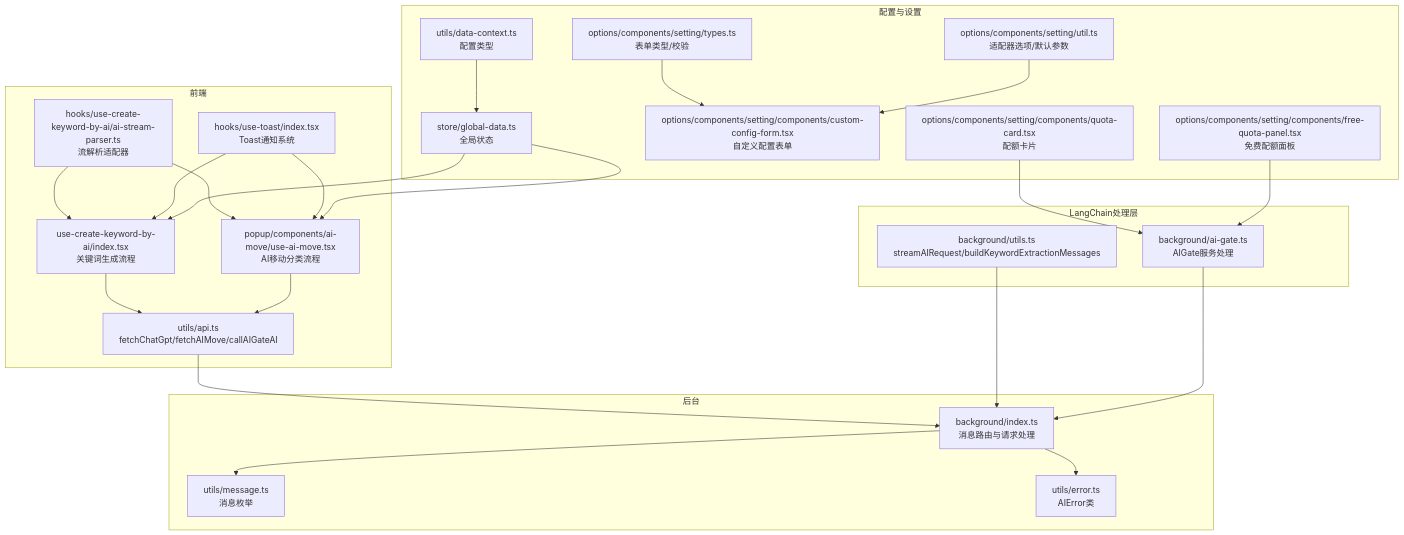
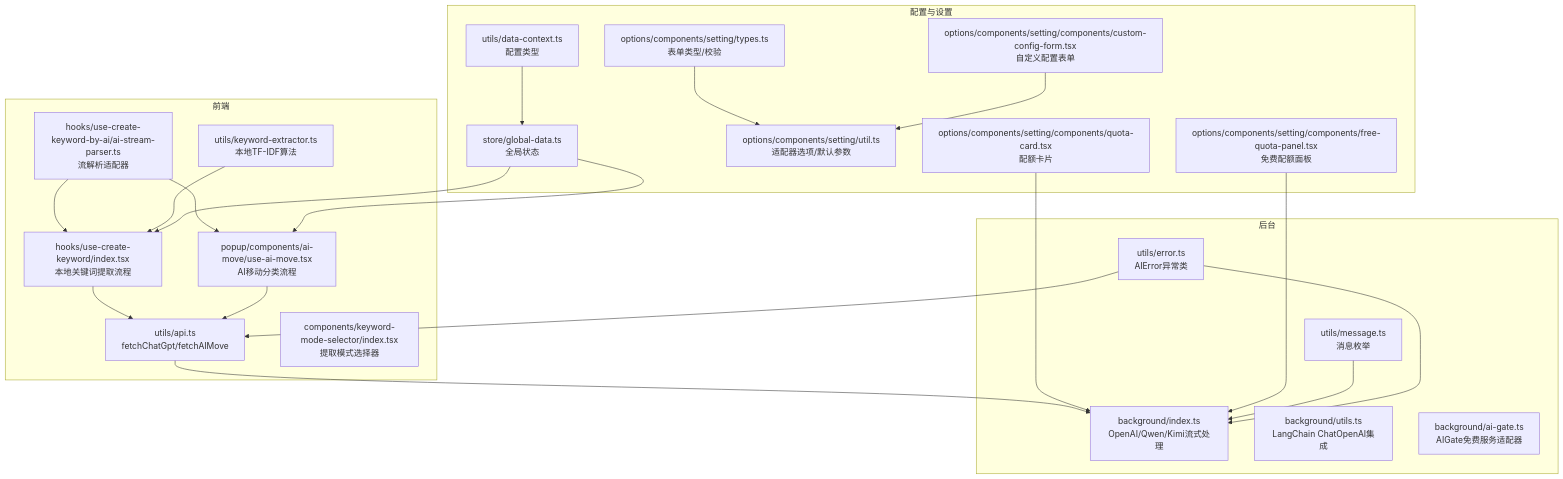
Before and after one commit to RadiumAg/bilibili-favorites: the first of 6 diagrams in .qoder/repowiki/zh/content/API参考文档/AI服务API.md, drawn with Mermaid. The commit also changed other lines of this file and 27 other files, not shown here.

````diff
--- a/.qoder/repowiki/zh/content/API参考文档/AI服务API.md
+++ b/.qoder/repowiki/zh/content/API参考文档/AI服务API.md
@@ -70,46 +64,43 @@
 ```mermaid
 graph TB
 subgraph "前端"
-A["use-create-keyword-by-ai/index.tsx<br/>关键词生成流程"]
+A["hooks/use-create-keyword/index.tsx<br/>本地关键词提取流程"]
 B["popup/components/ai-move/use-ai-move.tsx<br/>AI移动分类流程"]
-C["utils/api.ts<br/>fetchChatGpt/fetchAIMove/callAIGateAI"]
+C["utils/api.ts<br/>fetchChatGpt/fetchAIMove"]
 D["hooks/use-create-keyword-by-ai/ai-stream-parser.ts<br/>流解析适配器"]
-E["hooks/use-toast/index.tsx<br/>Toast通知系统"]
-end
-subgraph "LangChain处理层"
-F["background/utils.ts<br/>streamAIRequest/buildKeywordExtractionMessages"]
-G["background/ai-gate.ts<br/>AIGate服务处理"]
+E["utils/keyword-extractor.ts<br/>本地TF-IDF算法"]
+F["components/keyword-mode-selector/index.tsx<br/>提取模式选择器"]
 end
 subgraph "配置与设置"
-H["store/global-data.ts<br/>全局状态"]
-I["utils/data-context.ts<br/>配置类型"]
-J["options/components/setting/types.ts<br/>表单类型/校验"]
-K["options/components/setting/util.ts<br/>适配器选项/默认参数"]
-L["options/components/setting/components/custom-config-form.tsx<br/>自定义配置表单"]
-M["options/components/setting/components/quota-card.tsx<br/>配额卡片"]
-N["options/components/setting/components/free-quota-panel.tsx<br/>免费配额面板"]
+G["store/global-data.ts<br/>全局状态"]
+H["utils/data-context.ts<br/>配置类型"]
+I["options/components/setting/types.ts<br/>表单类型/校验"]
+J["options/components/setting/util.ts<br/>适配器选项/默认参数"]
+K["options/components/setting/components/custom-config-form.tsx<br/>自定义配置表单"]
+L["options/components/setting/components/quota-card.tsx<br/>配额卡片"]
+M["options/components/setting/components/free-quota-panel.tsx<br/>免费配额面板"]
 end
 subgraph "后台"
-O["background/index.ts<br/>消息路由与请求处理"]
-P["utils/message.ts<br/>消息枚举"]
-Q["utils/error.ts<br/>AIError类"]
+N["background/index.ts<br/>OpenAI/Qwen/Kimi流式处理"]
+O["utils/message.ts<br/>消息枚举"]
+P["background/utils.ts<br/>LangChain ChatOpenAI集成"]
+Q["background/ai-gate.ts<br/>AIGate免费服务适配器"]
+R["utils/error.ts<br/>AIError异常类"]
 end
 A --> C
 B --> C
-C --> O
+C --> N
 D --> A
 D --> B
 E --> A
-E --> B
-F --> O
-G --> O
-H --> A
-H --> B
-I --> H
-J --> L
-K --> L
-M --> G
-N --> G
-O --> P
-O --> Q
+G --> A
+G --> B
+H --> G
+I --> J
+K --> J
+L --> N
+M --> N
+O --> N
+R --> C
+R --> N
 ```
````
